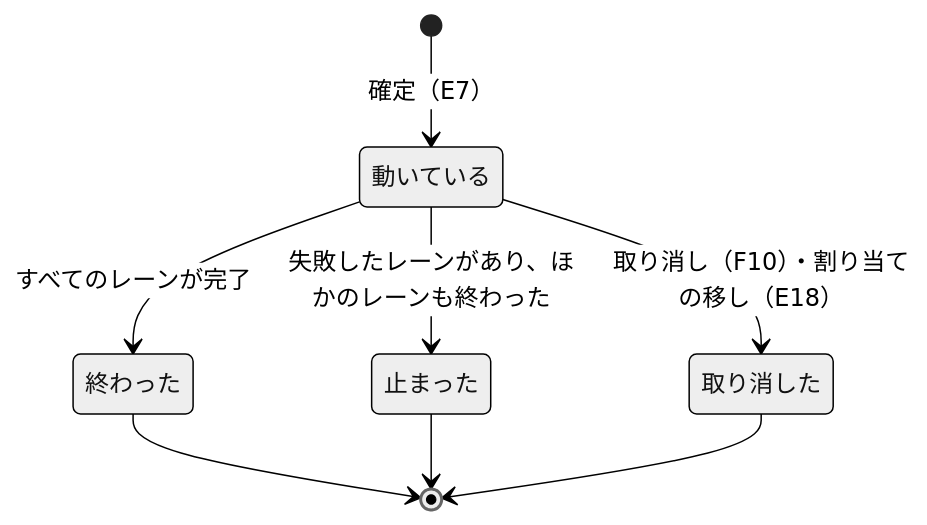
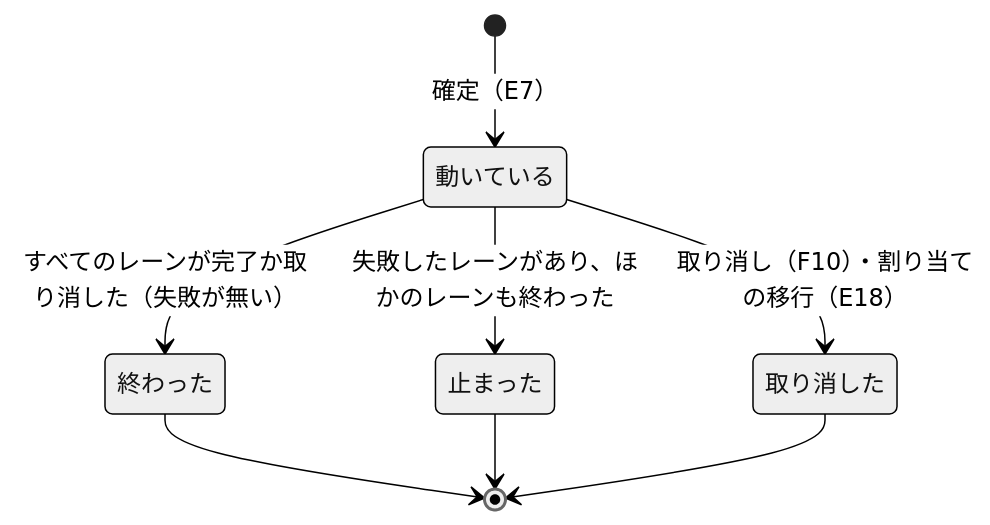
Before and after one commit to devbasex/nd-factory: the third of 10 diagrams in docs/design/execution.md, drawn with Mermaid (neutral theme). The commit also changed other lines of this file and 115 other files, not shown here.

````diff
--- a/docs/design/execution.md
+++ b/docs/design/execution.md
@@ -90,10 +99,10 @@
 ```mermaid
 stateDiagram-v2
     [*] --> 動いている: 確定（E7）
-    動いている --> 終わった: すべてのレーンが完了
+    動いている --> 終わった: すべてのレーンが完了か取り消した（失敗が無い）
     動いている --> 止まった: 失敗したレーンがあり、ほかのレーンも終わった
-    動いている --> 取り消した: 取り消し（F10）・割り当ての移し（E18）
+    動いている --> 取り消した: 取り消し（F10）・割り当ての移行（E18）
     終わった --> [*]
     止まった --> [*]
     取り消した --> [*]
 ```
````
